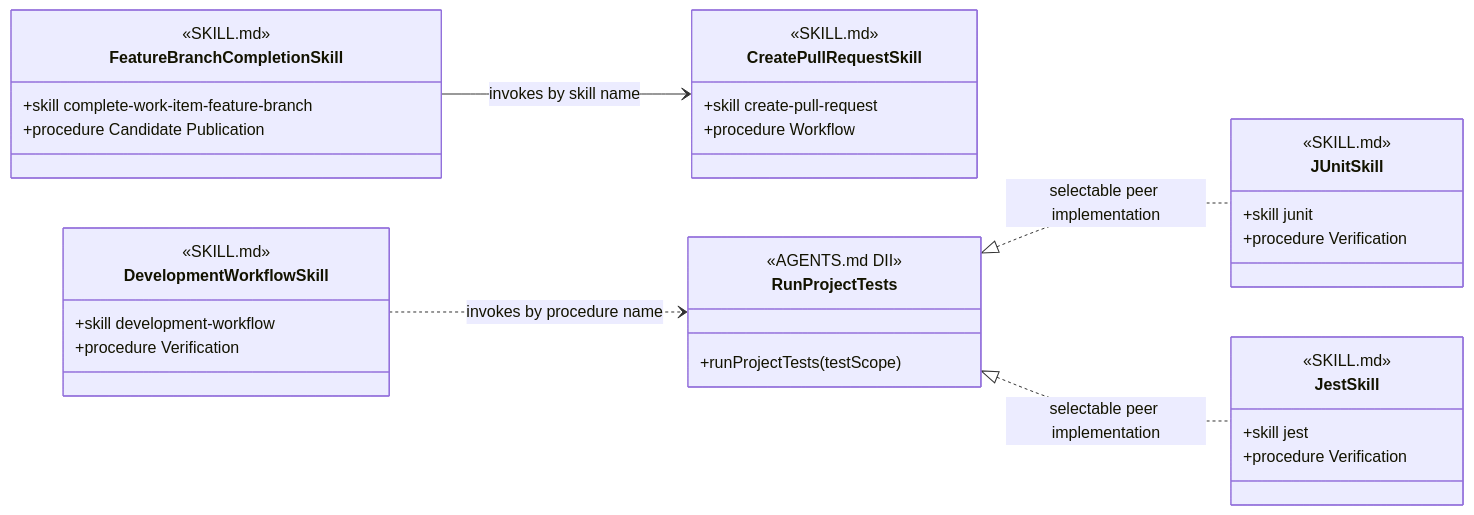
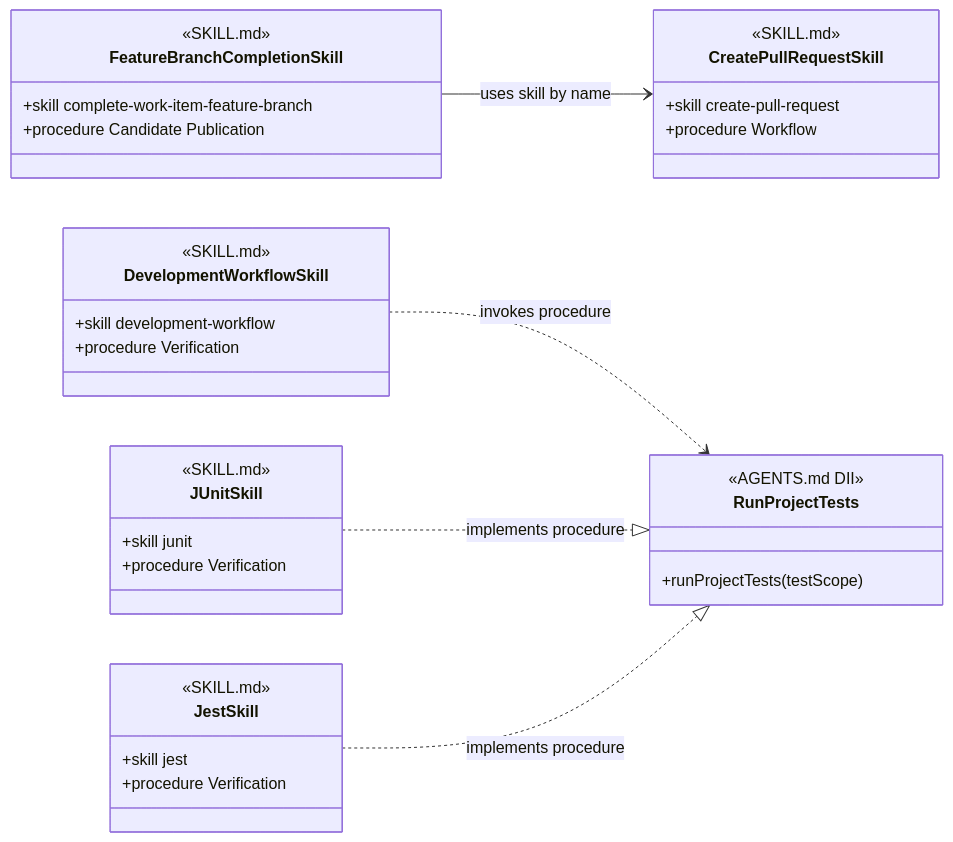
The fifth of 12 diagrams in design/object-oriented-agent-and-skill-model.md (martinbechard/dev-methodology), drawn with Mermaid before and after one commit. The commit also changed other lines of this file and 2 other files, not shown here.

Commit message:
Define diagram relationship notation

````diff
--- a/design/object-oriented-agent-and-skill-model.md
+++ b/design/object-oriented-agent-and-skill-model.md
@@ -244,51 +322,51 @@
 ```mermaid
 classDiagram
     direction LR
 
     class FeatureBranchCompletionSkill {
         <<SKILL.md>>
         <<Peer Skill>>
         +skill complete-work-item-feature-branch
         +procedure Candidate Publication
     }
 
     class CreatePullRequestSkill {
         <<SKILL.md>>
         <<Peer Skill>>
         +skill create-pull-request
         +procedure Workflow
     }
 
     class DevelopmentWorkflowSkill {
         <<SKILL.md>>
         <<Peer Skill>>
         +skill development-workflow
         +procedure Verification
     }
 
     class RunProjectTests {
         <<AGENTS.md DII>>
         +runProjectTests(testScope)
     }
 
     class JUnitSkill {
         <<SKILL.md>>
         <<Peer Skill>>
         <<Injectable Skill>>
         +skill junit
         +procedure Verification
     }
 
     class JestSkill {
         <<SKILL.md>>
         <<Peer Skill>>
         <<Injectable Skill>>
         +skill jest
         +procedure Verification
     }
 
-    FeatureBranchCompletionSkill --> CreatePullRequestSkill : invokes by skill name
-    DevelopmentWorkflowSkill ..> RunProjectTests : invokes by procedure name
-    RunProjectTests <|.. JUnitSkill : selectable peer implementation
-    RunProjectTests <|.. JestSkill : selectable peer implementation
+    FeatureBranchCompletionSkill --> CreatePullRequestSkill : uses skill by name
+    DevelopmentWorkflowSkill ..> RunProjectTests : invokes procedure
+    JUnitSkill ..|> RunProjectTests : implements procedure
+    JestSkill ..|> RunProjectTests : implements procedure
 ```
````
